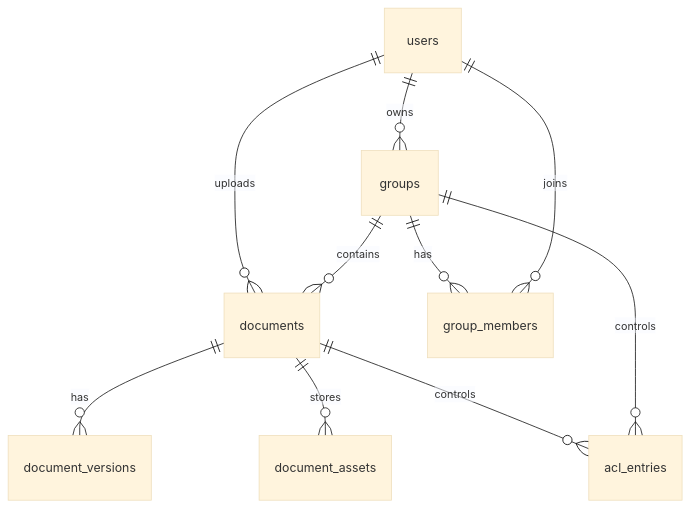
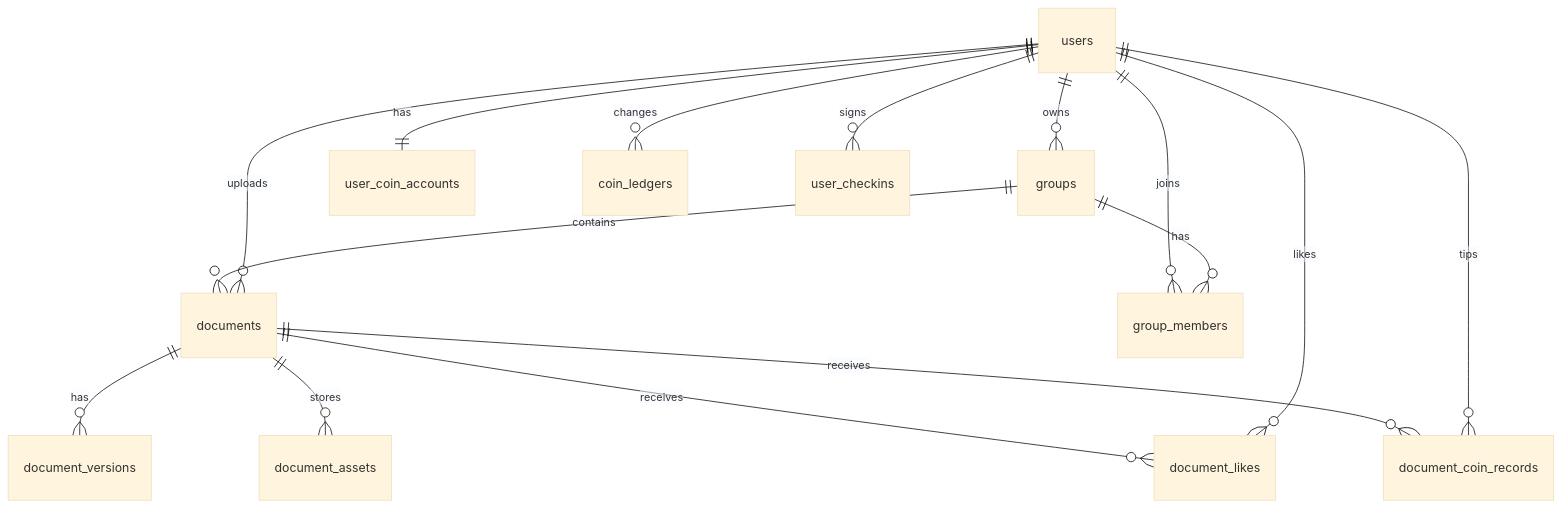
The second of 3 diagrams in docs/architecture.md (tutusiji/chongshiwenku), drawn with Mermaid (base theme) before and after one commit. The commit also changed other lines of this file and 2 other files, not shown here.

````diff
--- a/docs/architecture.md
+++ b/docs/architecture.md
@@ -235,12 +279,17 @@
 ```mermaid
 erDiagram
     users ||--o{ groups : owns
     users ||--o{ documents : uploads
+    users ||--|| user_coin_accounts : has
+    users ||--o{ coin_ledgers : changes
+    users ||--o{ user_checkins : signs
+    users ||--o{ document_likes : likes
+    users ||--o{ document_coin_records : tips
     groups ||--o{ documents : contains
     groups ||--o{ group_members : has
     users ||--o{ group_members : joins
     documents ||--o{ document_versions : has
     documents ||--o{ document_assets : stores
-    documents ||--o{ acl_entries : controls
-    groups ||--o{ acl_entries : controls
+    documents ||--o{ document_likes : receives
+    documents ||--o{ document_coin_records : receives
 ```
````
